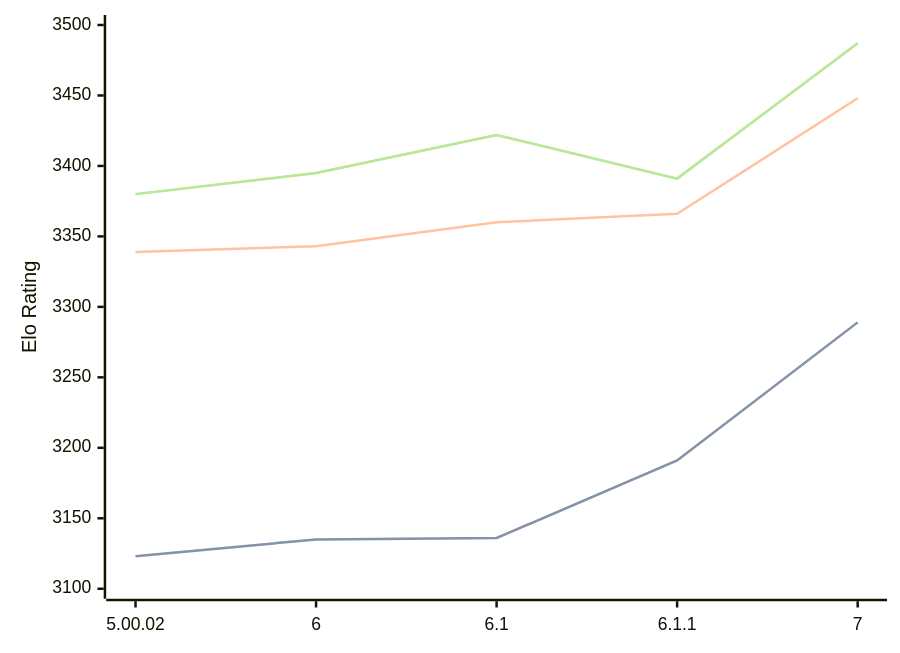
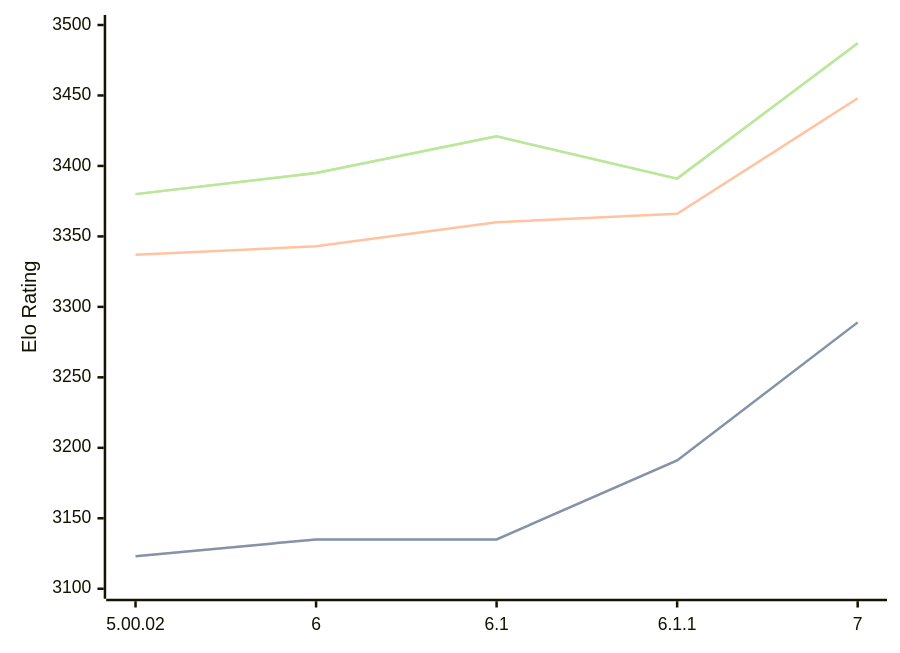
One commit to computer-chess-index/cci changed the diagram in engines/Zangdar.md. Above: the diagram before and after it, drawn with Mermaid. The commit also changed other lines of this file, not shown here.

Commit message:
Update CCI Ratings (ELO VLTC) - 2026-08-07

````diff
--- a/engines/Zangdar.md
+++ b/engines/Zangdar.md
@@ -35,11 +35,11 @@
 ```mermaid
 %%{init: {"theme":"base","themeVariables":{"seriesColors:['#a3a3a3','#222221','#faa371']}}}%%
 xychart-beta
   x-axis ["5.00.02", "6", "6.1", "6.1.1", "7"]
   y-axis "Elo Rating" 3100 --> 3500
-  line "STC (8.0+0.08s)" [3123, 3135, 3136, 3191, 3289]
-  line "STC (8.0+0.08s)" [3123, 3135, 3136, 3191, 3289]
-  line "LTC (60.0+0.60s)" [3339, 3343, 3360, 3366, 3448]
-  line "VLTC (2m24s+1.12s)" [3380, 3395, 3422, 3391, 3487]
-  line "VLTC (2m24s+1.12s)" [3380, 3395, 3422, 3391, 3487]
+  line "STC (8.0+0.08s)" [3123, 3135, 3135, 3191, 3289]
+  line "STC (8.0+0.08s)" [3123, 3135, 3135, 3191, 3289]
+  line "LTC (60.0+0.60s)" [3337, 3343, 3360, 3366, 3448]
+  line "VLTC (2m24s+1.12s)" [3380, 3395, 3421, 3391, 3487]
+  line "VLTC (2m24s+1.12s)" [3380, 3395, 3421, 3391, 3487]
 ```
````
